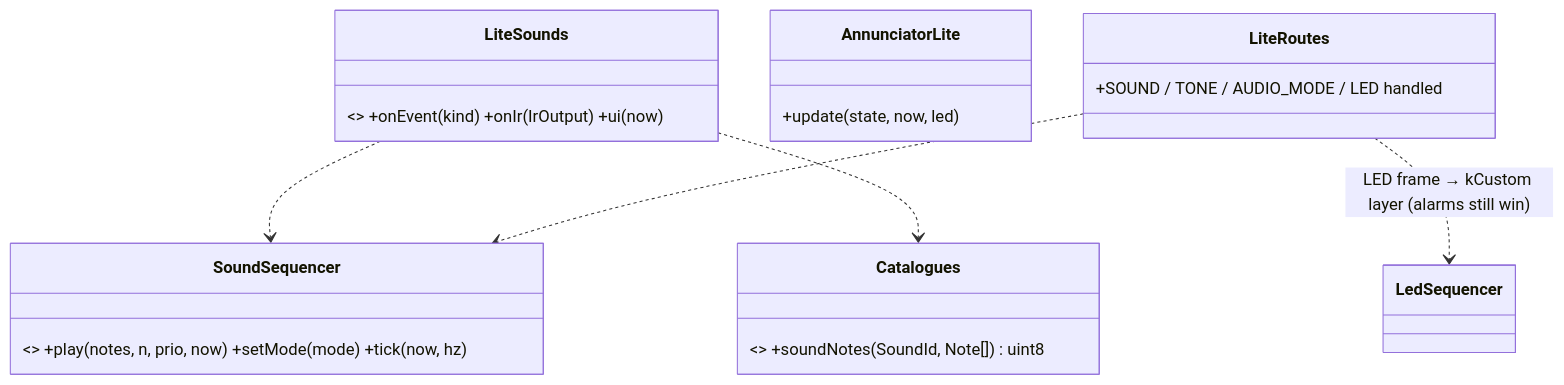
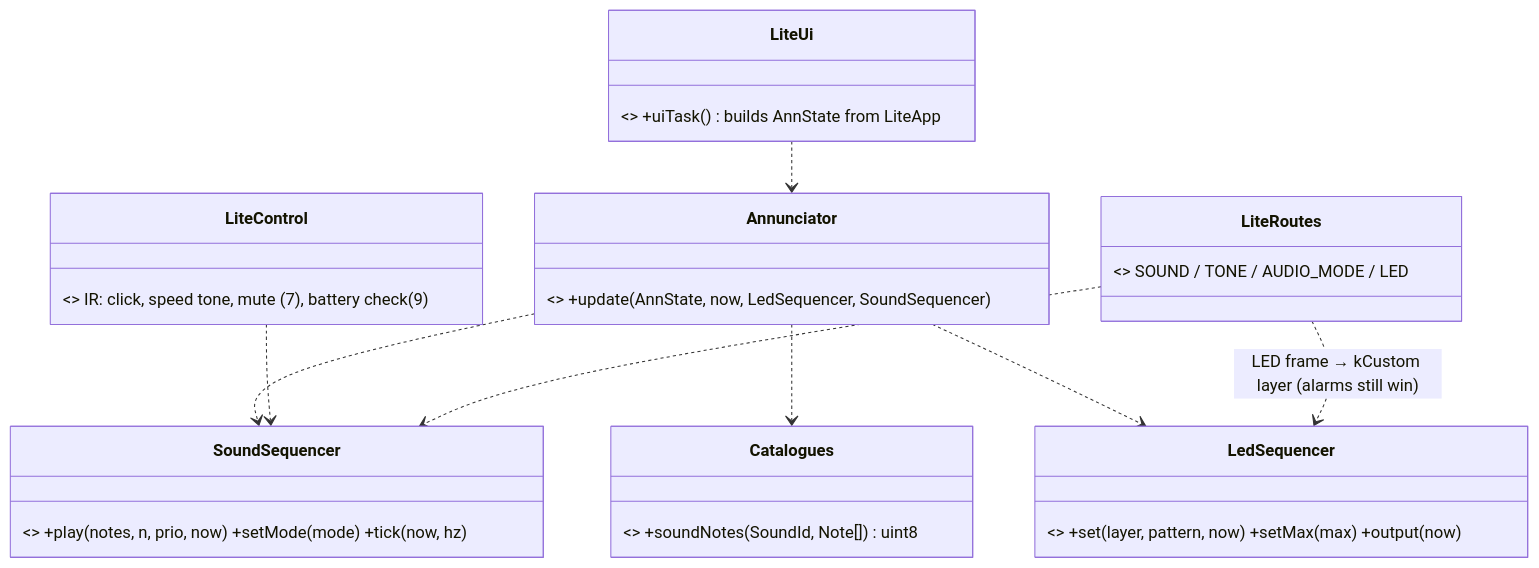
Before and after one commit to mannuray/conqueror: the fifth of 5 diagrams in docs/lld/uno-lite-lld.md, drawn with Mermaid. The commit also changed other lines of this file and 2 other files, not shown here.

Commit message:
docs: Uno Lite sounds/LED = full Annunciator (option A) + IR key click (spec 02 D4, LLD §12)

````diff
--- a/docs/lld/uno-lite-lld.md
+++ b/docs/lld/uno-lite-lld.md
@@ -231,12 +231,17 @@
 ```mermaid
 classDiagram
+  class Annunciator { <<reused, domain/ui>> +update(AnnState, now, LedSequencer, SoundSequencer) }
   class SoundSequencer { <<reused, domain/ui>> +play(notes, n, prio, now) +setMode(mode) +tick(now, hz) }
   class Catalogues { <<reused, domain/ui, PROGMEM>> +soundNotes(SoundId, Note[]) uint8 }
-  class LiteSounds { <<NEW lite/, app glue>> +onEvent(kind) +onIr(IrOutput) +ui(now) }
-  class AnnunciatorLite { +update(state, now, led) }
-  class LiteRoutes { +SOUND / TONE / AUDIO_MODE / LED handled }
-  LiteSounds ..> SoundSequencer
-  LiteSounds ..> Catalogues
+  class LedSequencer { <<reused>> +set(layer, pattern, now) +setMax(max) +output(now) }
+  class LiteUi { <<lite/lite_ui.cpp>> +uiTask() builds AnnState from LiteApp }
+  class LiteControl { <<lite/lite_control.cpp>> IR: click, speed tone, mute (7), battery check (9) }
+  class LiteRoutes { <<lite/lite_routes.cpp>> SOUND / TONE / AUDIO_MODE / LED }
+  LiteUi ..> Annunciator
+  Annunciator ..> SoundSequencer
+  Annunciator ..> Catalogues
+  Annunciator ..> LedSequencer
+  LiteControl ..> SoundSequencer
   LiteRoutes ..> SoundSequencer
   LiteRoutes ..> LedSequencer : LED frame → kCustom layer (alarms still win)
 ```
````
